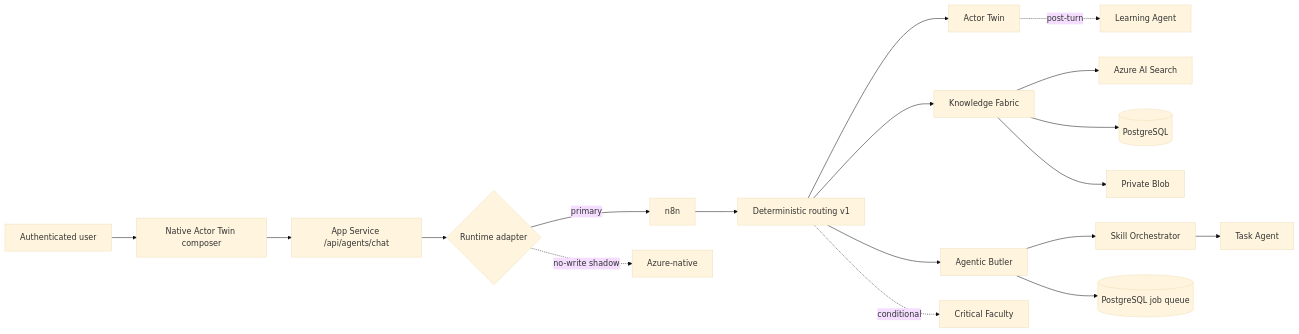
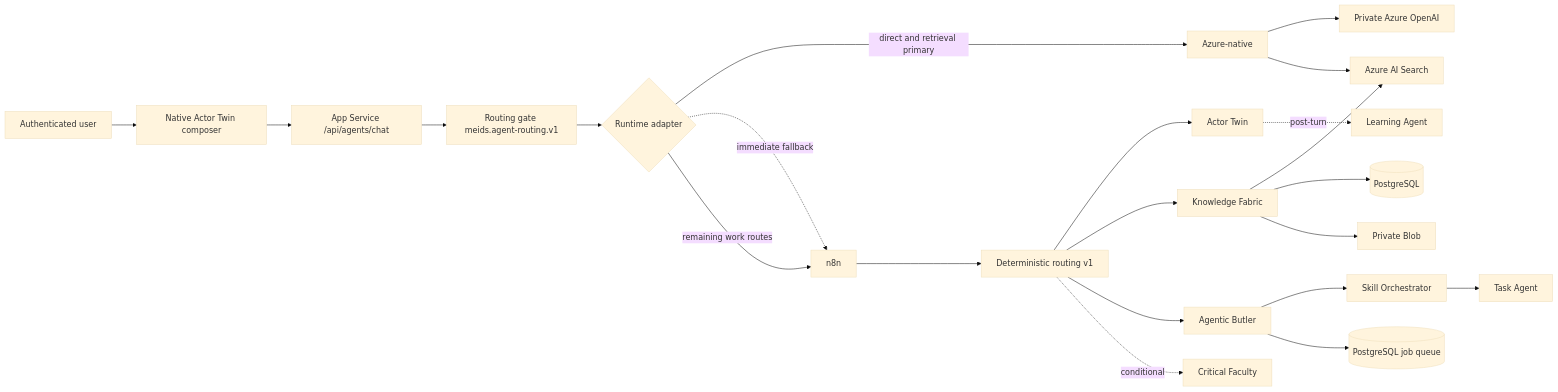
One commit to florianliepe/meids-app changed the first of 2 diagrams in docs/production/azure-native-agent-target.md. Above: the diagram before and after it, drawn with Mermaid (base theme). The commit also changed other lines of this file and 8 other files, not shown here.

Commit message:
feat: migrate agent work and learning to Azure runtime

````diff
--- a/docs/production/azure-native-agent-target.md
+++ b/docs/production/azure-native-agent-target.md
@@ -7,20 +7,24 @@
 ```mermaid
 flowchart LR
   U[Authenticated user] --> F[Native Actor Twin composer]
   F --> API[App Service /api/agents/chat]
-  API --> AD{Runtime adapter}
-  AD -->|primary| N[n8n]
-  AD -. no-write shadow .-> AZ[Azure-native]
+  API --> G[Routing gate meids.agent-routing.v1]
+  G --> AD{Runtime adapter}
+  AD -->|direct and retrieval primary| AZ[Azure-native]
+  AD -. immediate fallback .-> N[n8n]
+  AD -->|remaining work routes| N
+  AZ --> AO[Private Azure OpenAI]
+  AZ --> AS[Azure AI Search]
   N --> R[Deterministic routing v1]
   R --> A[Actor Twin]
   R --> K[Knowledge Fabric]
   R --> B[Agentic Butler]
   B --> S[Skill Orchestrator]
   S --> T[Task Agent]
   R -. conditional .-> C[Critical Faculty]
   A -. post-turn .-> L[Learning Agent]
   K --> AS[Azure AI Search]
   K --> PG[(PostgreSQL)]
   K --> BL[Private Blob]
   B --> Q[(PostgreSQL job queue)]
 ```
````
